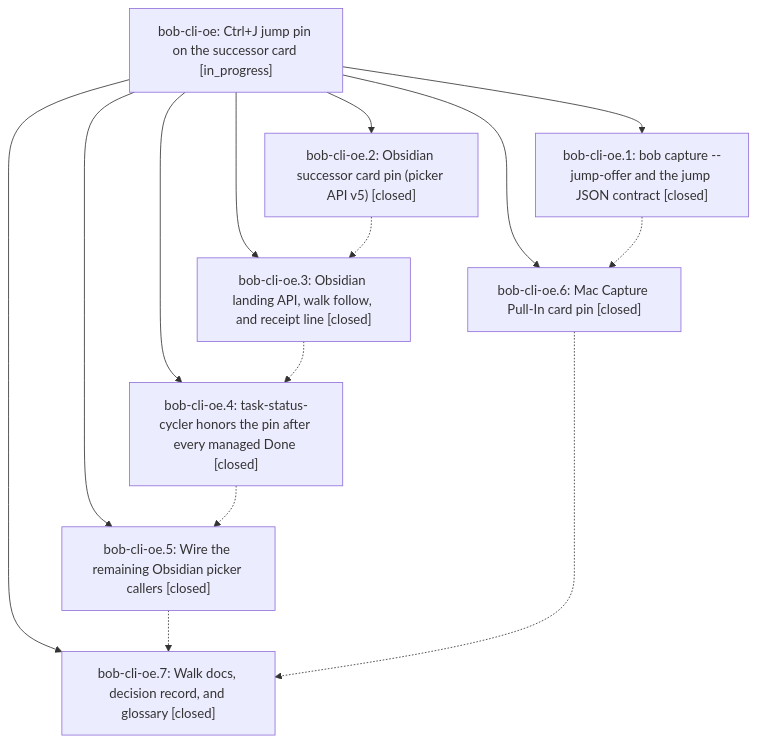
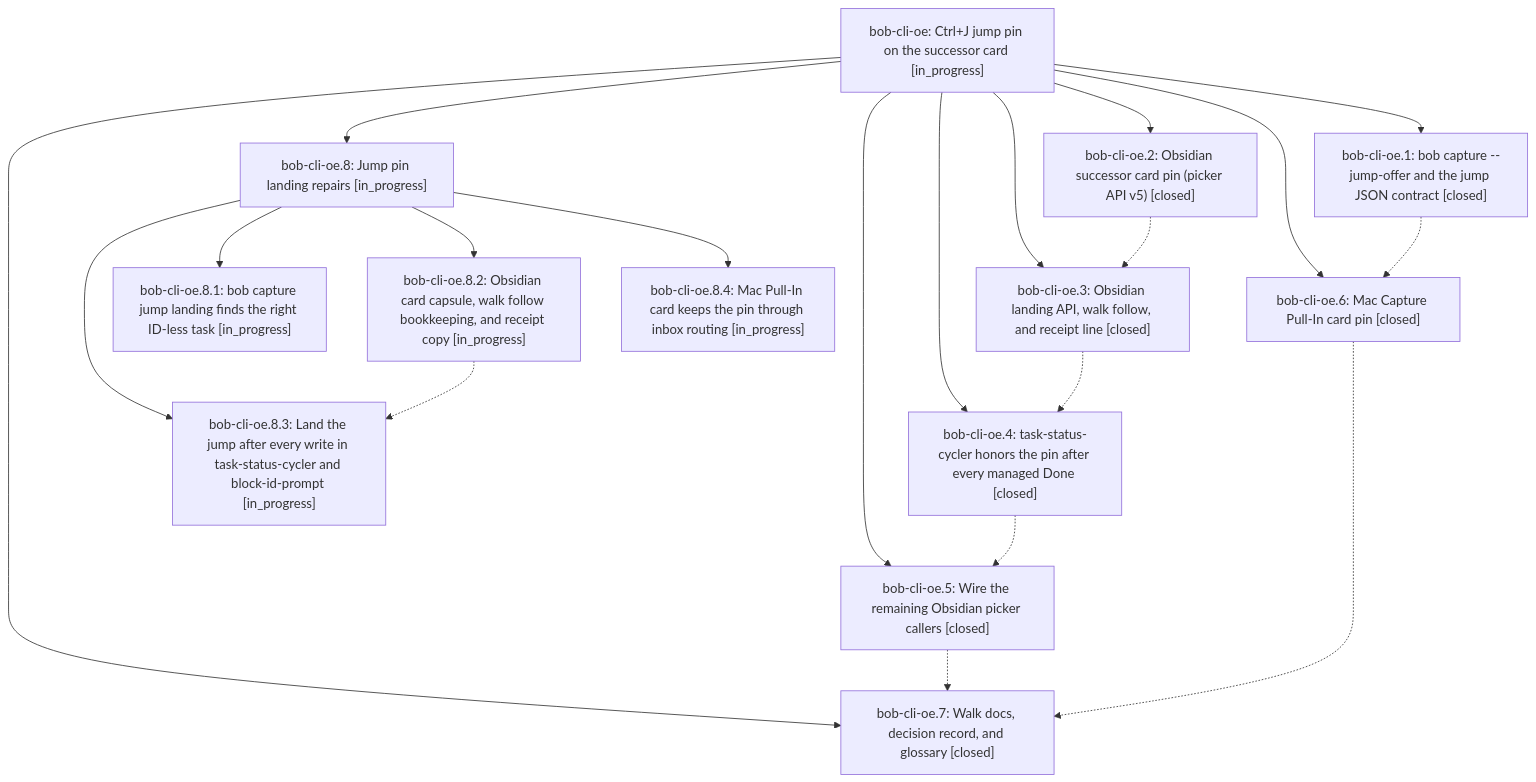
One commit to bobs-org/bob-cli--beads changed the diagram in pages/bob-cli-oe/README.md. Above: the diagram before and after it, drawn with Mermaid. The commit also changed other lines of this file and 10 other files, not shown here.

First line of the commit message:
chore(beads): sync bead state and pages for bob-cli-oe

````diff
--- a/pages/bob-cli-oe/README.md
+++ b/pages/bob-cli-oe/README.md
@@ -42,24 +50,35 @@
 ```mermaid
 flowchart TD
     n0["bob-cli-oe: Ctrl+J jump pin on the successor card [in_progress]"]
     n1["bob-cli-oe.1: bob capture --jump-offer and the jump JSON contract [closed]"]
     n2["bob-cli-oe.2: Obsidian successor card pin (picker API v5) [closed]"]
     n3["bob-cli-oe.3: Obsidian landing API, walk follow, and receipt line [closed]"]
     n4["bob-cli-oe.4: task-status-cycler honors the pin after every managed Done [closed]"]
     n5["bob-cli-oe.5: Wire the remaining Obsidian picker callers [closed]"]
     n6["bob-cli-oe.6: Mac Capture Pull-In card pin [closed]"]
     n7["bob-cli-oe.7: Walk docs, decision record, and glossary [closed]"]
+    n8["bob-cli-oe.8: Jump pin landing repairs [in_progress]"]
+    n9["bob-cli-oe.8.1: bob capture jump landing finds the right ID-less task [in_progress]"]
+    n10["bob-cli-oe.8.2: Obsidian card capsule, walk follow bookkeeping, and receipt copy [in_progress]"]
+    n11["bob-cli-oe.8.3: Land the jump after every write in task-status-cycler and block-id-prompt [in_progress]"]
+    n12["bob-cli-oe.8.4: Mac Pull-In card keeps the pin through inbox routing [in_progress]"]
     n0 --> n1
     n0 --> n2
     n0 --> n3
     n0 --> n4
     n0 --> n5
     n0 --> n6
     n0 --> n7
+    n0 --> n8
+    n8 --> n9
+    n8 --> n10
+    n8 --> n11
+    n8 --> n12
     n1 -.-> n6
     n2 -.-> n3
     n3 -.-> n4
     n4 -.-> n5
     n5 -.-> n7
     n6 -.-> n7
+    n10 -.-> n11
 ```
````
